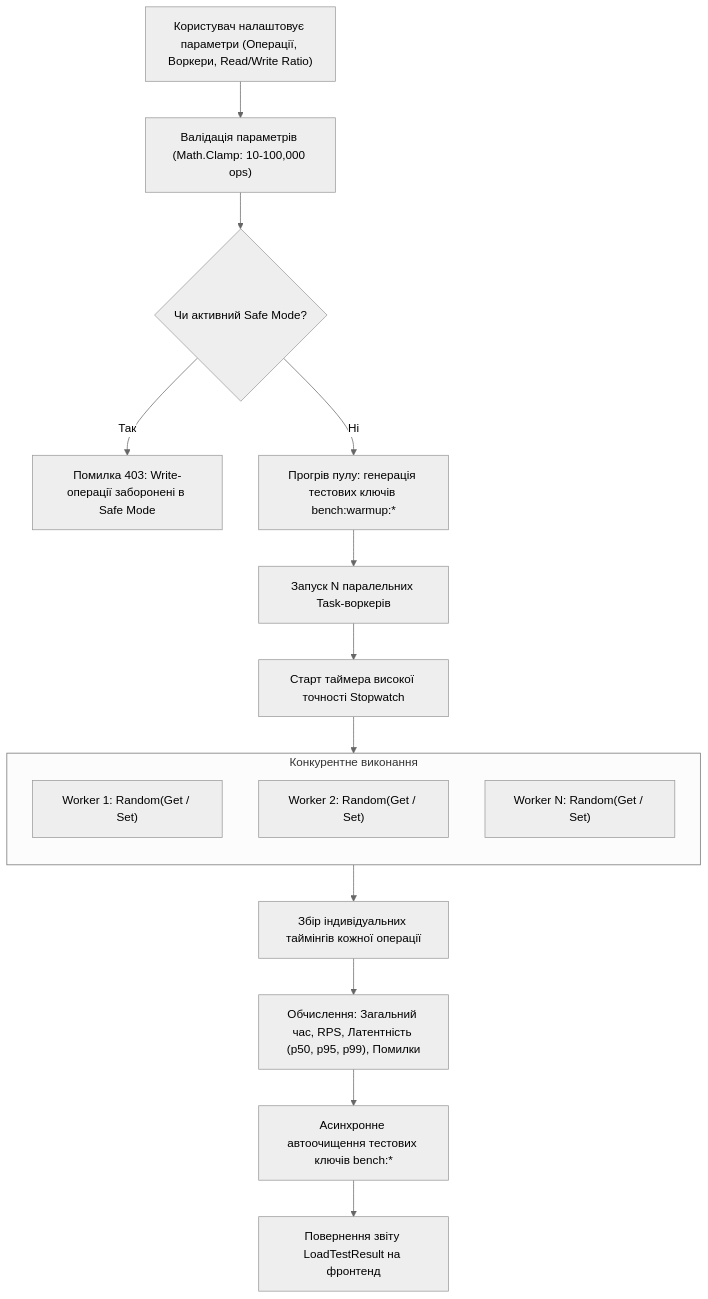
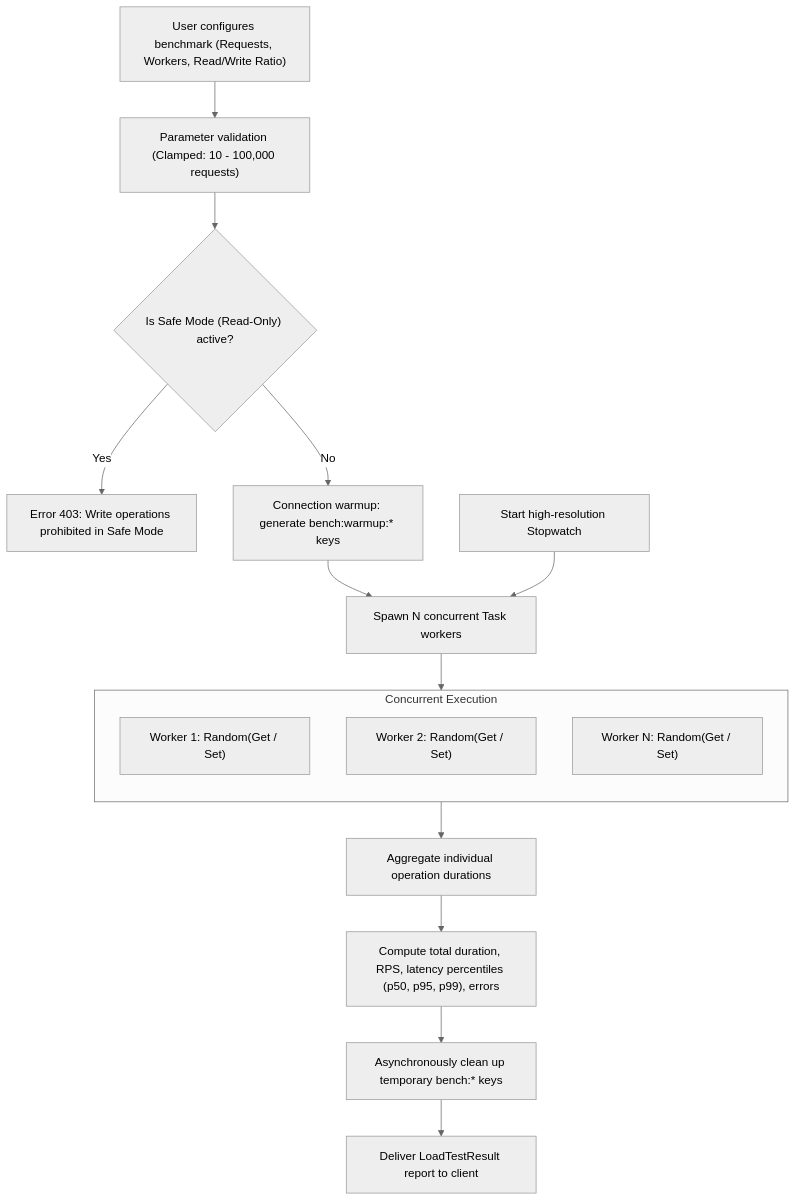
One commit to dellik95/redis-gui changed the sixth of 8 diagrams in docs/diagrams.md. Above: the diagram before and after it, drawn with Mermaid (neutral theme). The commit also changed other lines of this file and 30 other files, not shown here.

````diff
--- a/docs/diagrams.md
+++ b/docs/diagrams.md
@@ -223,23 +223,23 @@
 ```mermaid
 flowchart TD
-    Start["Користувач налаштовує параметри (Операції, Воркери, Read/Write Ratio)"] --> Validate["Валідація параметрів (Math.Clamp: 10-100,000 ops)"]
-    Validate --> SafeCheck{"Чи активний Safe Mode?"}
-    SafeCheck -->|Так| Abort["Помилка 403: Write-операції заборонені в Safe Mode"]
-    SafeCheck -->|Ні| Warmup["Прогрів пулу: генерація тестових ключів bench:warmup:*"]
+    Start["User configures benchmark (Requests, Workers, Read/Write Ratio)"] --> Validate["Parameter validation (Clamped: 10 - 100,000 requests)"]
+    Validate --> SafeCheck{"Is Safe Mode (Read-Only) active?"}
+    SafeCheck -->|Yes| Abort["Error 403: Write operations prohibited in Safe Mode"]
+    SafeCheck -->|No| Warmup["Connection warmup: generate bench:warmup:* keys"]
     
-    Warmup --> Spawn["Запуск N паралельних Task-воркерів"]
-    Spawn --> StopwatchStart["Старт таймера високої точності Stopwatch"]
+    Warmup --> Spawn["Spawn N concurrent Task workers"]
+    StopwatchStart["Start high-resolution Stopwatch"] --> Spawn
 
-    subgraph Workers ["Конкурентне виконання"]
+    subgraph Workers ["Concurrent Execution"]
         direction TB
         W1["Worker 1: Random(Get / Set)"]
         W2["Worker 2: Random(Get / Set)"]
         W3["Worker N: Random(Get / Set)"]
     end
-    StopwatchStart --> Workers
+    Spawn --> Workers
 
-    Workers --> Collect["Збір індивідуальних таймінгів кожної операції"]
-    Collect --> Calc["Обчислення: Загальний час, RPS, Латентність (p50, p95, p99), Помилки"]
-    Calc --> Cleanup["Асинхронне автоочищення тестових ключів bench:*"]
-    Cleanup --> Response["Повернення звіту LoadTestResult на фронтенд"]
+    Workers --> Collect["Aggregate individual operation durations"]
+    Collect --> Calc["Compute total duration, RPS, latency percentiles (p50, p95, p99), errors"]
+    Calc --> Cleanup["Asynchronously clean up temporary bench:* keys"]
+    Cleanup --> Response["Deliver LoadTestResult report to client"]
 ```
````
